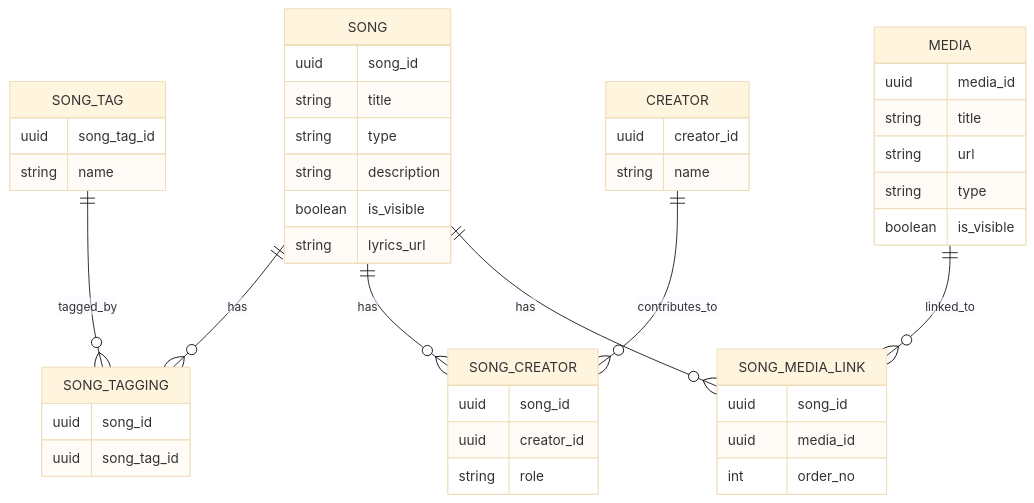
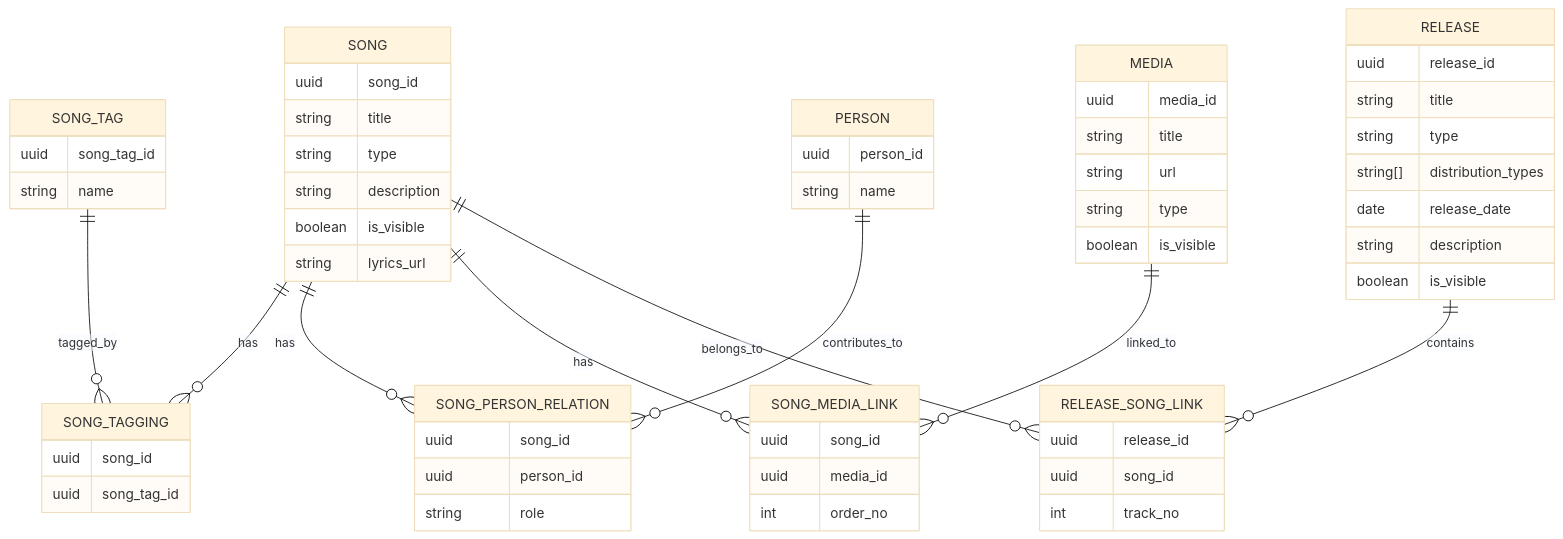
Before and after one commit to sayuprc/isekai-journey-admin-panel: the first of 4 diagrams in docs/product-specs/20260503-song-media-admin-phase1/models.md, drawn with Mermaid (base theme). The commit also changed other lines of this file and 1 other file, not shown here.

Commit message:
docs: refine song media release phase 1 spec

````diff
--- a/docs/product-specs/20260503-song-media-admin-phase1/models.md
+++ b/docs/product-specs/20260503-song-media-admin-phase1/models.md
@@ -212,55 +236,74 @@
 ```mermaid
 erDiagram
     SONG ||--o{ SONG_TAGGING : has
     SONG_TAG ||--o{ SONG_TAGGING : tagged_by
 
-    SONG ||--o{ SONG_CREATOR : has
-    CREATOR ||--o{ SONG_CREATOR : contributes_to
+    SONG ||--o{ SONG_PERSON_RELATION : has
+    PERSON ||--o{ SONG_PERSON_RELATION : contributes_to
 
     SONG ||--o{ SONG_MEDIA_LINK : has
     MEDIA ||--o{ SONG_MEDIA_LINK : linked_to
+
+    SONG ||--o{ RELEASE_SONG_LINK : belongs_to
+    RELEASE ||--o{ RELEASE_SONG_LINK : contains
 
     SONG {
         uuid song_id
         string title
         string type
         string description
         boolean is_visible
         string lyrics_url
     }
 
     SONG_TAG {
         uuid song_tag_id
         string name
     }
 
     SONG_TAGGING {
         uuid song_id
         uuid song_tag_id
     }
 
-    CREATOR {
-        uuid creator_id
+    PERSON {
+        uuid person_id
         string name
     }
 
-    SONG_CREATOR {
+    SONG_PERSON_RELATION {
         uuid song_id
-        uuid creator_id
+        uuid person_id
         string role
     }
 
     MEDIA {
         uuid media_id
         string title
         string url
         string type
         boolean is_visible
     }
 
     SONG_MEDIA_LINK {
         uuid song_id
         uuid media_id
         int order_no
     }
+
+    RELEASE {
+        uuid release_id
+        string title
+        string type
+        string[] distribution_types
+        date release_date
+        string description
+        boolean is_visible
+    }
+
+    RELEASE_SONG_LINK {
+        uuid release_id
+        uuid song_id
+        int track_no
+    }
 ```
````
